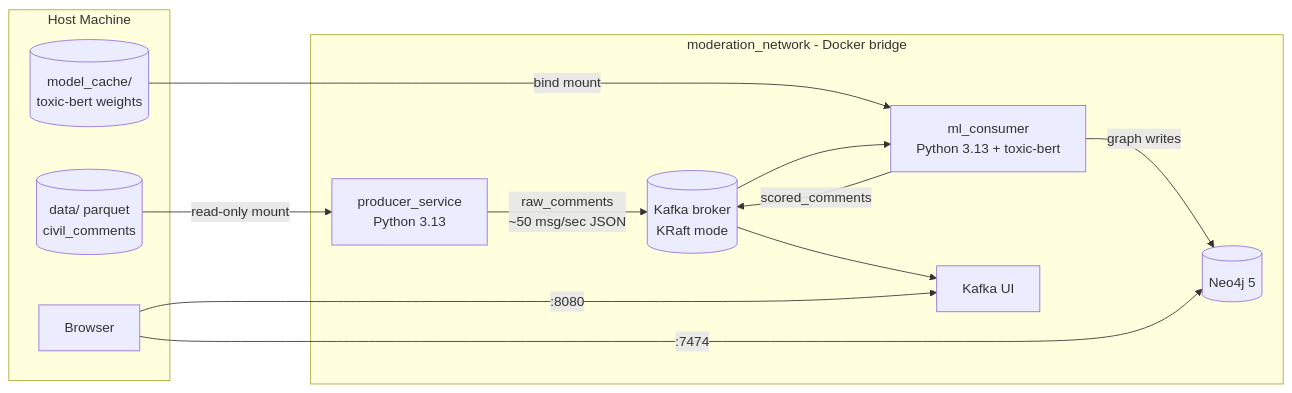
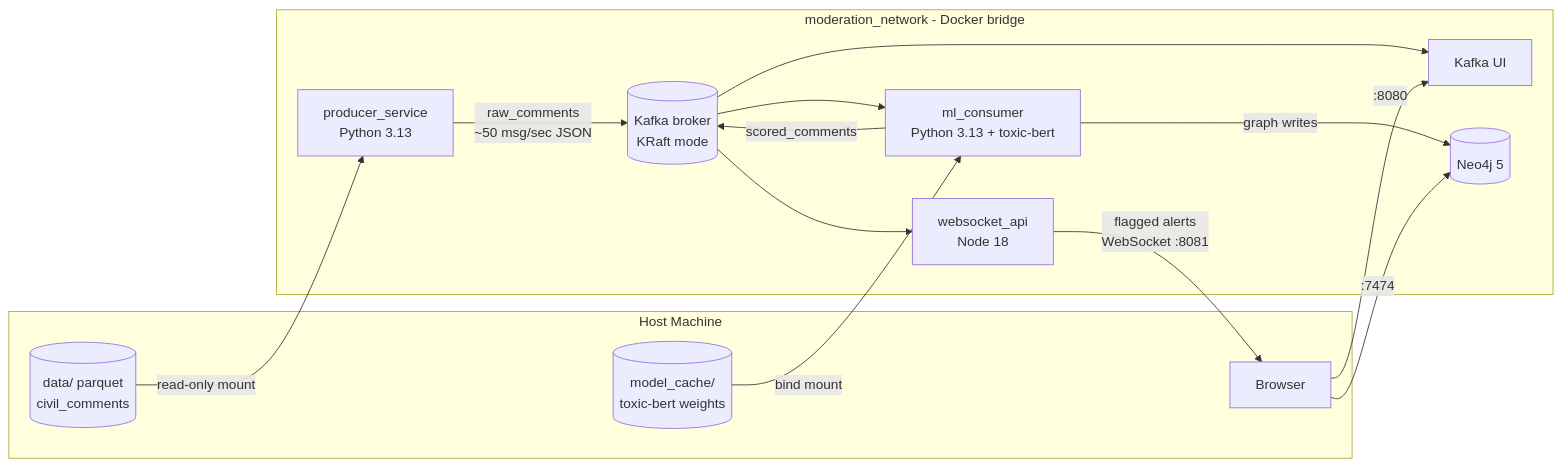
One commit to mj-weshh/realtime-moderation-engine changed the diagram in README.md. Above: the diagram before and after it, drawn with Mermaid. The commit also changed other lines of this file and 8 other files, not shown here.

Commit message:
docs: document websocket_api backend and complete Week 2 pipeline

````diff
--- a/README.md
+++ b/README.md
@@ -45,51 +24,29 @@
 ```mermaid
-
 flowchart LR
-
     subgraph hostMachine [Host Machine]
-
         dataset[("data/ parquet<br/>civil_comments")]
-
         modelCache[("model_cache/<br/>toxic-bert weights")]
-
         browser[Browser]
-
     end
 
-
-
     subgraph modNet [moderation_network - Docker bridge]
-
         producer[producer_service<br/>Python 3.13]
-
         kafka[(Kafka broker<br/>KRaft mode)]
-
         consumer[ml_consumer<br/>Python 3.13 + toxic-bert]
-
+        wsapi[websocket_api<br/>Node 18]
         kafkaui[Kafka UI]
-
         neo4j[(Neo4j 5)]
-
     end
 
-
-
     dataset -- "read-only mount" --> producer
-
     modelCache -- "bind mount" --> consumer
-
     producer -- "raw_comments<br/>~50 msg/sec JSON" --> kafka
-
     kafka --> consumer
-
     consumer -- "graph writes" --> neo4j
-
     consumer -- "scored_comments" --> kafka
-
+    kafka --> wsapi
+    wsapi -- "flagged alerts<br/>WebSocket :8081" --> browser
     kafka --> kafkaui
-
     browser -- ":8080" --> kafkaui
-
     browser -- ":7474" --> neo4j
-
 ```
````
